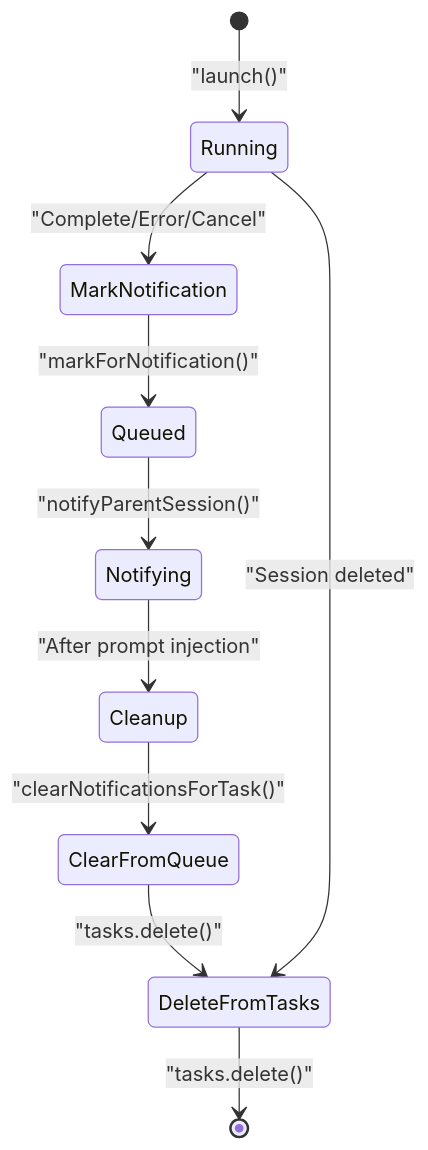
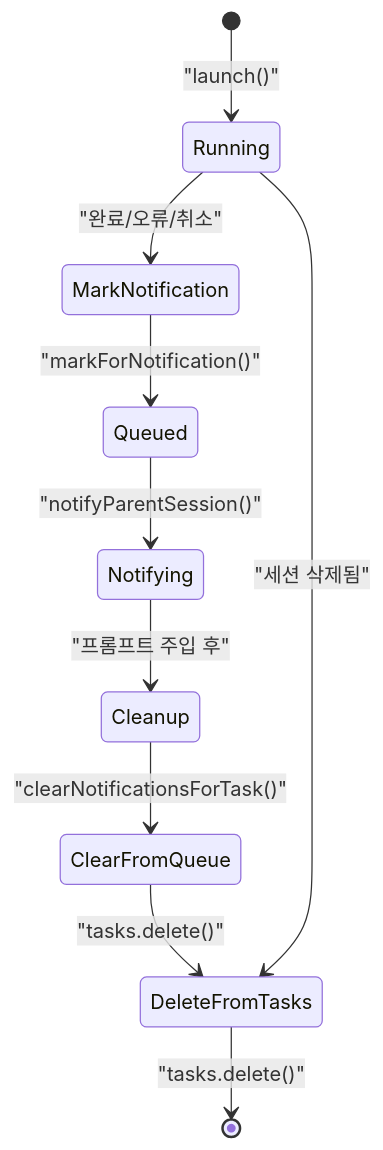
Before and after one commit to felipetruman/oh-my-opencode-docs: the fifth of 5 diagrams in docs/background-execution/notification-system.md, drawn with Mermaid. The commit also changed other lines of this file and 76 other files, not shown here.

````diff
--- a/docs/background-execution/notification-system.md
+++ b/docs/background-execution/notification-system.md
@@ -321,12 +321,12 @@
 ```mermaid
 stateDiagram-v2
     [*] --> Running : "launch()"
-    Running --> MarkNotification : "Complete/Error/Cancel"
+    Running --> MarkNotification : "완료/오류/취소"
     MarkNotification --> Queued : "markForNotification()"
     Queued --> Notifying : "notifyParentSession()"
-    Notifying --> Cleanup : "After prompt injection"
+    Notifying --> Cleanup : "프롬프트 주입 후"
     Cleanup --> ClearFromQueue : "clearNotificationsForTask()"
     ClearFromQueue --> DeleteFromTasks : "tasks.delete()"
     DeleteFromTasks --> [*] : "tasks.delete()"
-    Running --> DeleteFromTasks : "Session deleted"
+    Running --> DeleteFromTasks : "세션 삭제됨"
 ```
````
